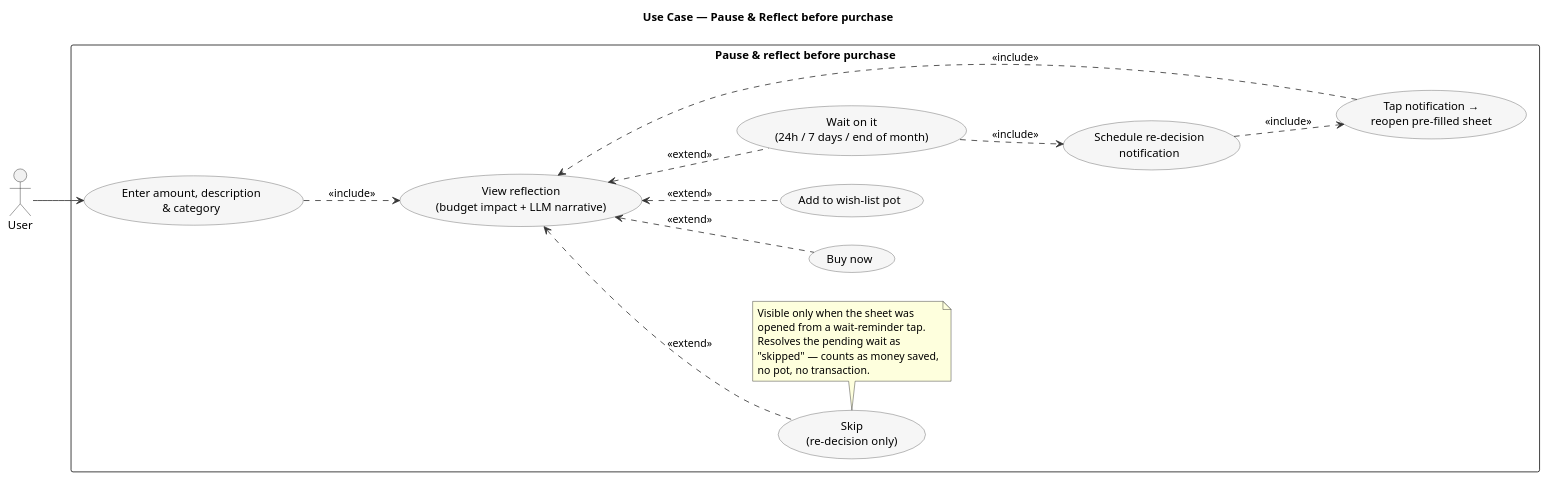
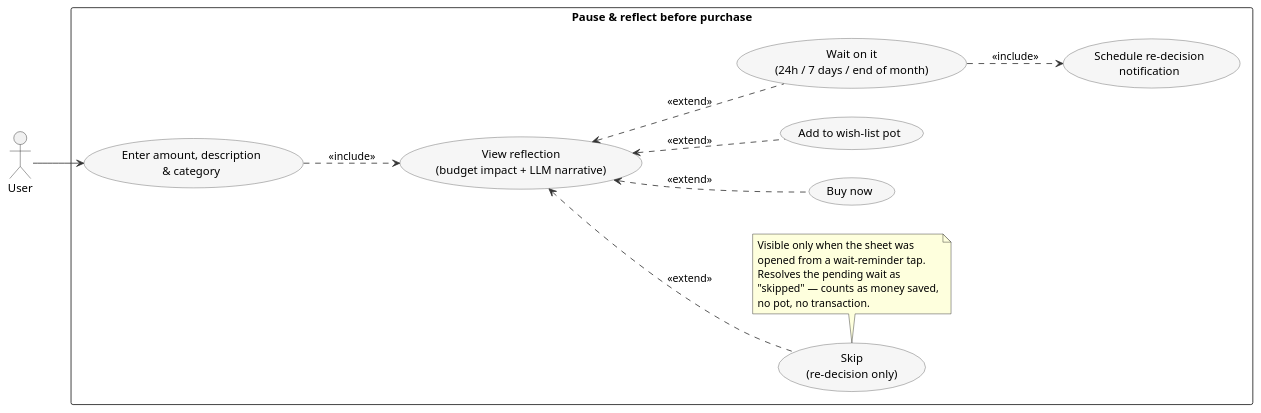
The diagram in portfolio_diagrams/07_usecase_pause_before_purchase.puml (beckz001/Bujet), drawn with PlantUML before and after one commit. The commit also changed 7 other files, not shown here.

Commit message:
More plantuml diagram improvements

```diff
--- a/portfolio_diagrams/07_usecase_pause_before_purchase.puml
+++ b/portfolio_diagrams/07_usecase_pause_before_purchase.puml
@@ -1,48 +1,44 @@
 @startuml UseCase_PauseBeforePurchase
-title Use Case — Pause & Reflect before purchase
 
 left to right direction
 skinparam packageStyle rectangle
 skinparam shadowing false
 skinparam usecase {
   BackgroundColor #F6F6F6
   BorderColor #555555
 }
 skinparam ArrowColor #333333
 
 actor User
 
 rectangle "Pause & reflect before purchase" {
   usecase "Enter amount, description\n& category"             as Enter
   usecase "View reflection\n(budget impact + LLM narrative)"  as Reflect
 
   usecase "Buy now"                       as BuyNow
   usecase "Add to wish-list pot"          as Pot
   usecase "Wait on it\n(24h / 7 days / end of month)" as Wait
   usecase "Skip\n(re-decision only)"      as Skip
 
   usecase "Schedule re-decision\nnotification" as Schedule
-  usecase "Tap notification →\nreopen pre-filled sheet" as Redecision
 
   User --> Enter
   Enter ..> Reflect : <<include>>
 
   Reflect <.. BuyNow : <<extend>>
   Reflect <.. Pot    : <<extend>>
   Reflect <.. Wait   : <<extend>>
 
   Wait     ..> Schedule   : <<include>>
-  Schedule ..> Redecision : <<include>>
-  Redecision ..> Reflect  : <<include>>
 
   Reflect <.. Skip : <<extend>>
   note bottom of Skip
     Visible only when the sheet was
     opened from a wait-reminder tap.
     Resolves the pending wait as
     "skipped" — counts as money saved,
     no pot, no transaction.
   end note
 }
 
 @enduml
```
